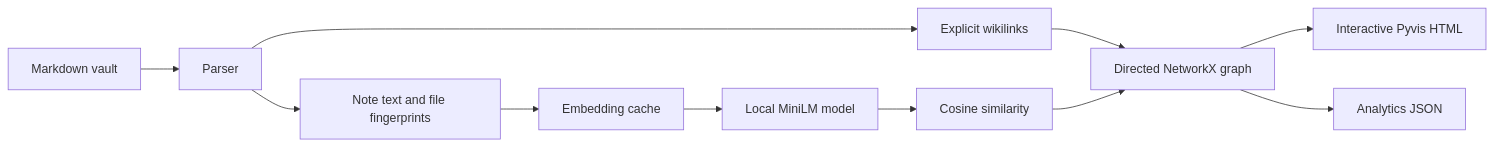
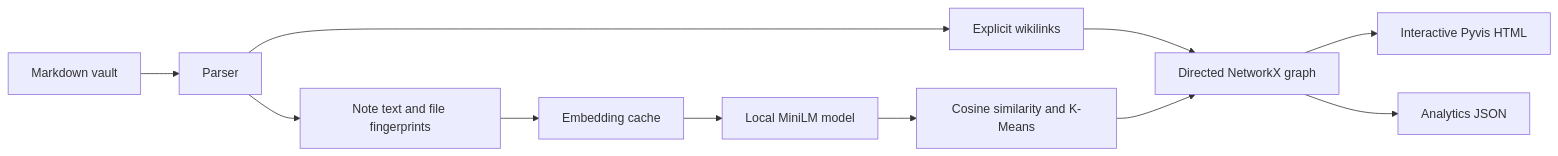
Before and after one commit to khalidjmonday/second-brain-graph: the diagram in README.md, drawn with Mermaid. The commit also changed other lines of this file and 12 other files, not shown here.

Commit message:
Add topic clustering and Graph-RAG search

````diff
--- a/README.md
+++ b/README.md
@@ -92,13 +109,13 @@
 ```mermaid
 flowchart LR
     A[Markdown vault] --> B[Parser]
     B --> C[Explicit wikilinks]
     B --> D[Note text and file fingerprints]
     D --> E[Embedding cache]
     E --> F[Local MiniLM model]
-    F --> G[Cosine similarity]
+    F --> G[Cosine similarity and K-Means]
     C --> H[Directed NetworkX graph]
     G --> H
     H --> I[Interactive Pyvis HTML]
     H --> J[Analytics JSON]
 ```
````
